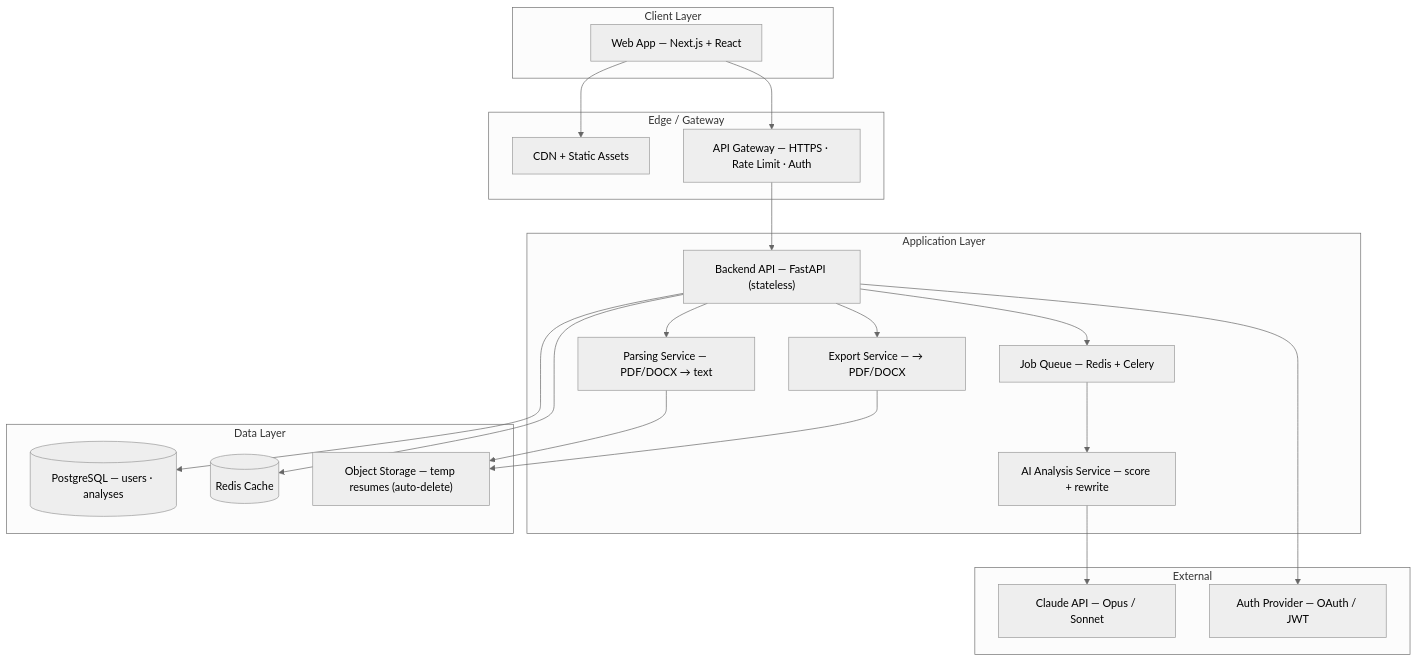
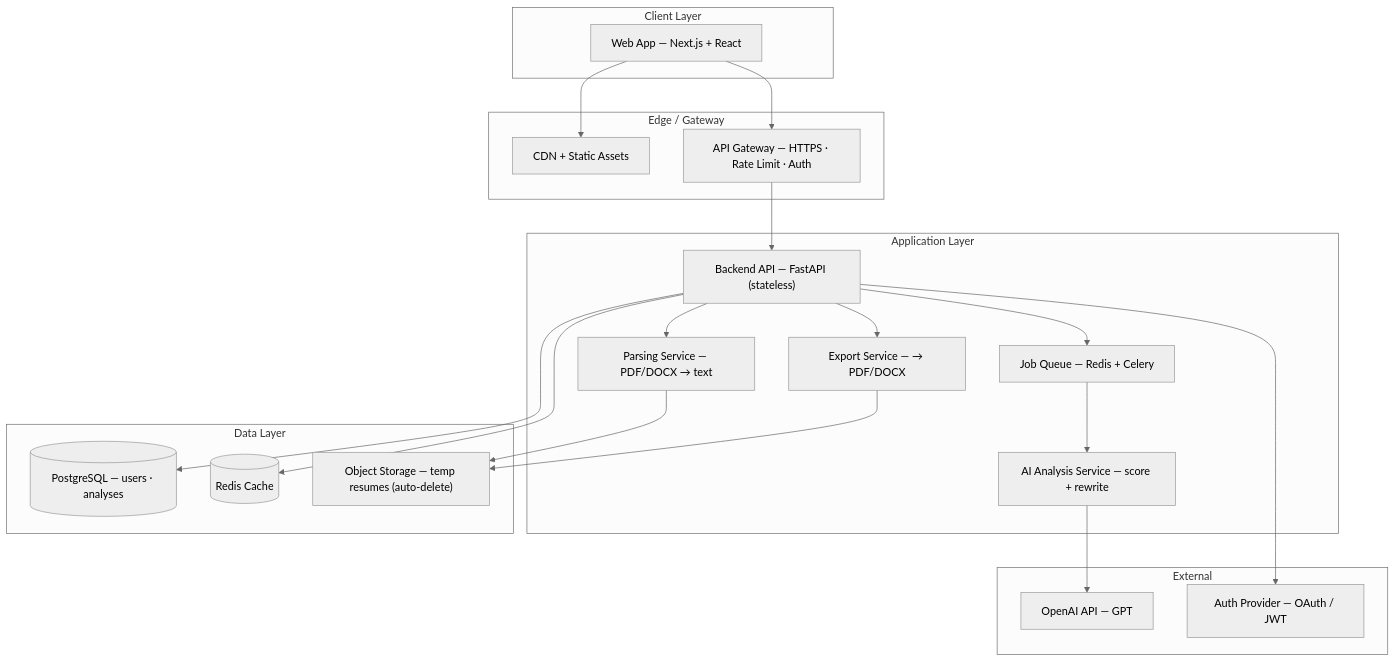
Before and after one commit to Bhuvann-dev/ResumeIQ: the first of 8 diagrams in docs/architecture.md, drawn with Mermaid (neutral theme). The commit also changed other lines of this file and 2 other files, not shown here.

First line of the commit message:
docs: align architecture and ADR-005 with the OpenAI swap

````diff
--- a/docs/architecture.md
+++ b/docs/architecture.md
@@ -21,44 +21,44 @@
 ```mermaid
 graph TB
     subgraph Client["Client Layer"]
         WEB["Web App — Next.js + React"]
     end
 
     subgraph Edge["Edge / Gateway"]
         CDN["CDN + Static Assets"]
         GW["API Gateway — HTTPS · Rate Limit · Auth"]
     end
 
     subgraph App["Application Layer"]
         API["Backend API — FastAPI (stateless)"]
         PARSE["Parsing Service — PDF/DOCX → text"]
         AI["AI Analysis Service — score + rewrite"]
         EXPORT["Export Service — → PDF/DOCX"]
         QUEUE["Job Queue — Redis + Celery"]
     end
 
     subgraph Data["Data Layer"]
         DB[("PostgreSQL — users · analyses")]
         CACHE[("Redis Cache")]
         BLOB["Object Storage — temp resumes (auto-delete)"]
     end
 
     subgraph External["External"]
-        LLM["Claude API — Opus / Sonnet"]
+        LLM["OpenAI API — GPT"]
         AUTHP["Auth Provider — OAuth / JWT"]
     end
 
     WEB --> CDN
     WEB --> GW
     GW --> API
     API --> PARSE
     API --> QUEUE
     QUEUE --> AI
     API --> EXPORT
     PARSE --> BLOB
     AI --> LLM
     API --> DB
     API --> CACHE
     API --> AUTHP
     EXPORT --> BLOB
 ```
````
